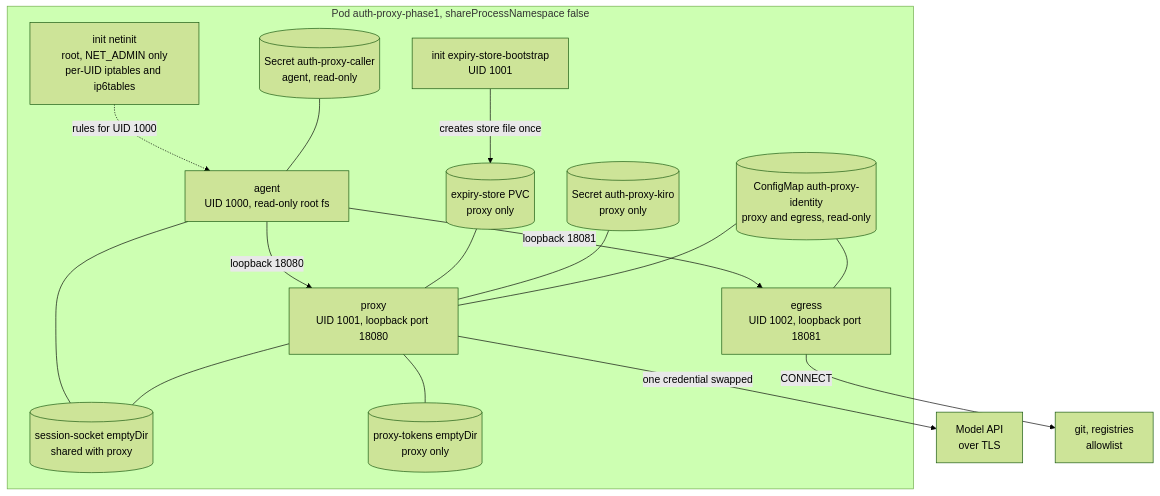
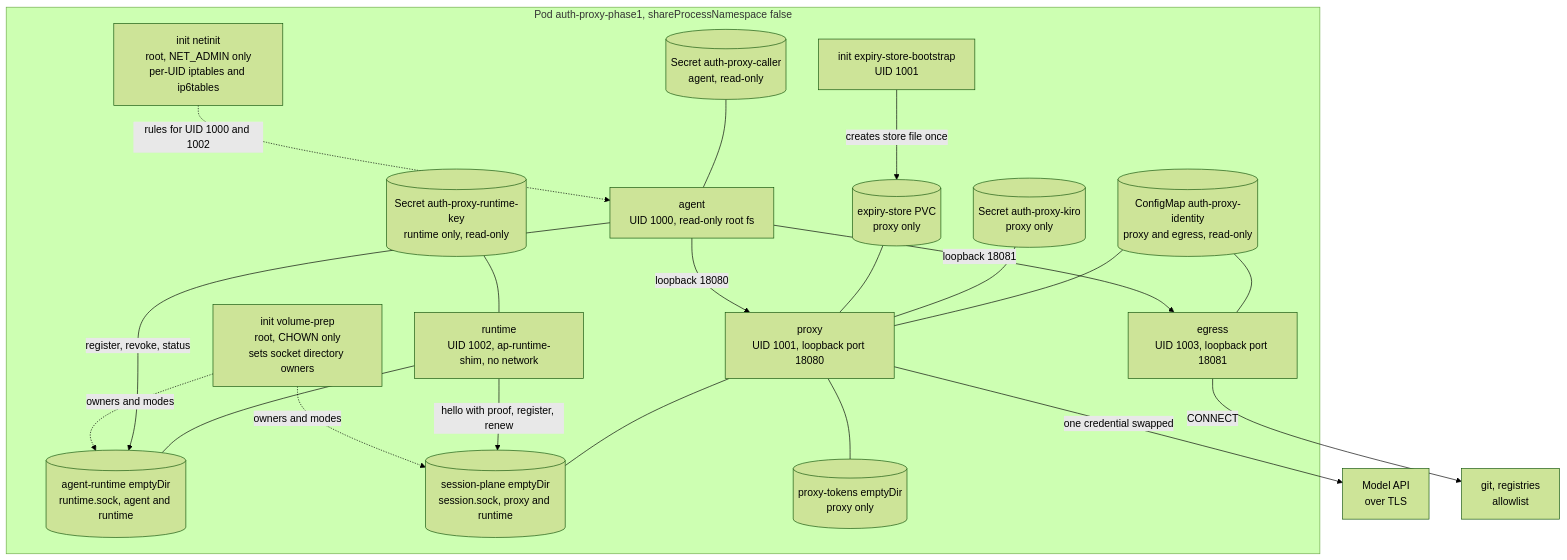
One commit to openabdev/auth-proxy changed the second of 2 diagrams in README.md. Above: the diagram before and after it, drawn with Mermaid (forest theme). The commit also changed other lines of this file, not shown here.

First line of the commit message:
docs(readme): runtime container in the diagrams and the feature list

````diff
--- a/README.md
+++ b/README.md
@@ -79,33 +86,42 @@
 ```mermaid
 flowchart TB
     subgraph pod["Pod auth-proxy-phase1, shareProcessNamespace false"]
+        volprep["init volume-prep<br/>root, CHOWN only<br/>sets socket directory owners"]
         netinit["init netinit<br/>root, NET_ADMIN only<br/>per-UID iptables and ip6tables"]
         bootstrap["init expiry-store-bootstrap<br/>UID 1001"]
         agent["agent<br/>UID 1000, read-only root fs"]
+        runtime["runtime<br/>UID 1002, ap-runtime-shim, no network"]
         proxy["proxy<br/>UID 1001, loopback port 18080"]
-        egress["egress<br/>UID 1002, loopback port 18081"]
-        handoff[("session-socket emptyDir<br/>shared with proxy")]
+        egress["egress<br/>UID 1003, loopback port 18081"]
+        agentrt[("agent-runtime emptyDir<br/>runtime.sock, agent and runtime")]
+        session[("session-plane emptyDir<br/>session.sock, proxy and runtime")]
+        proof[("Secret auth-proxy-runtime-key<br/>runtime only, read-only")]
         tokens[("proxy-tokens emptyDir<br/>proxy only")]
         store[("expiry-store PVC<br/>proxy only")]
         kiro[("Secret auth-proxy-kiro<br/>proxy only")]
         callerkey[("Secret auth-proxy-caller<br/>agent, read-only")]
         cfg[("ConfigMap auth-proxy-identity<br/>proxy and egress, read-only")]
     end
     model["Model API<br/>over TLS"]
     git["git, registries<br/>allowlist"]
 
-    netinit -. "rules for UID 1000" .-> agent
+    volprep -. "owners and modes" .-> agentrt
+    volprep -. "owners and modes" .-> session
+    netinit -. "rules for UID 1000 and 1002" .-> agent
     bootstrap -- "creates store file once" --> store
     agent -- "loopback 18080" --> proxy
     agent -- "loopback 18081" --> egress
-    agent --- handoff
-    proxy --- handoff
+    agent -- "register, revoke, status" --> agentrt
+    runtime --- agentrt
+    runtime -- "hello with proof, register, renew" --> session
+    proof --- runtime
+    proxy --- session
     proxy --- tokens
     store --- proxy
     kiro --- proxy
     callerkey --- agent
     cfg --- proxy
     cfg --- egress
     proxy -- "one credential swapped" --> model
     egress -- "CONNECT" --> git
 ```
````
